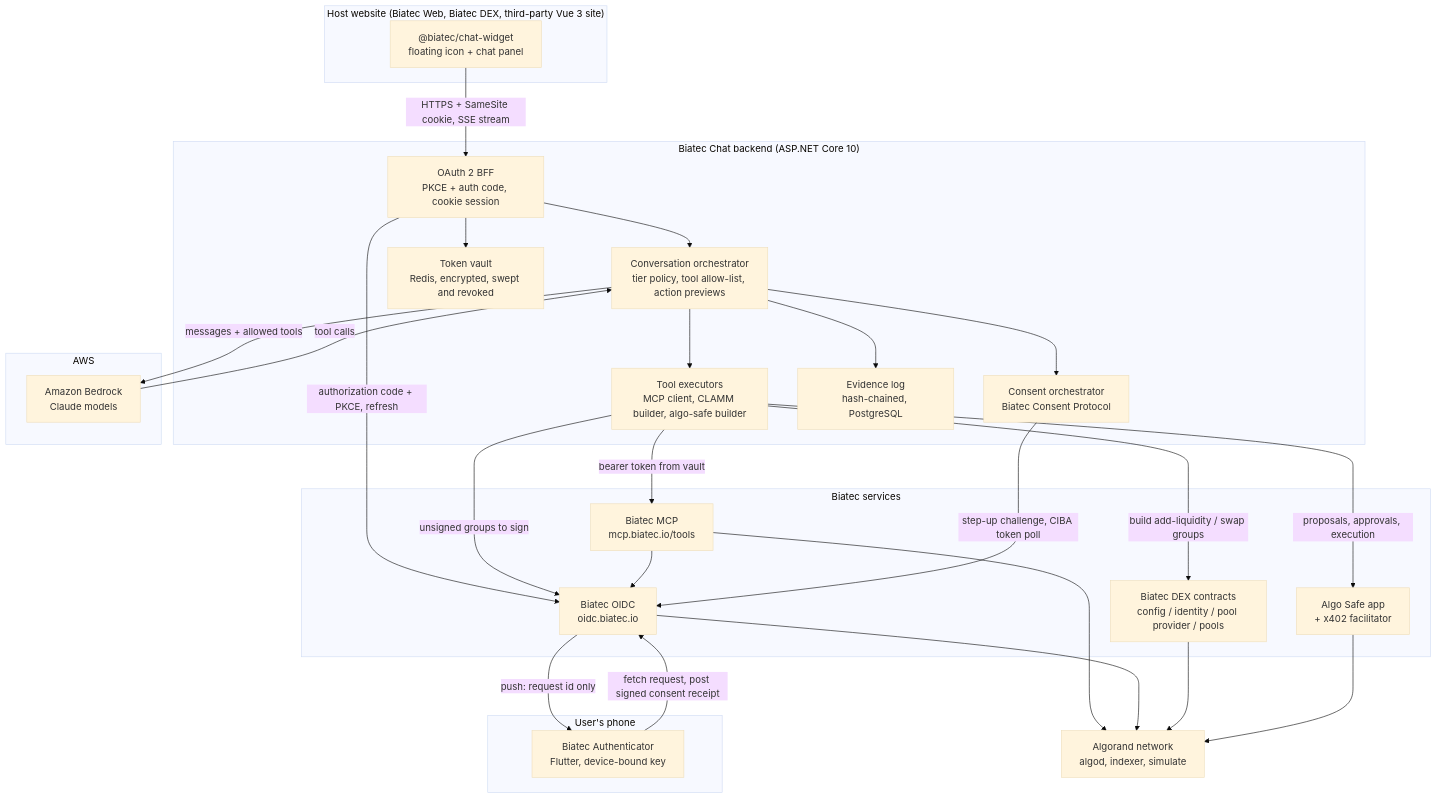
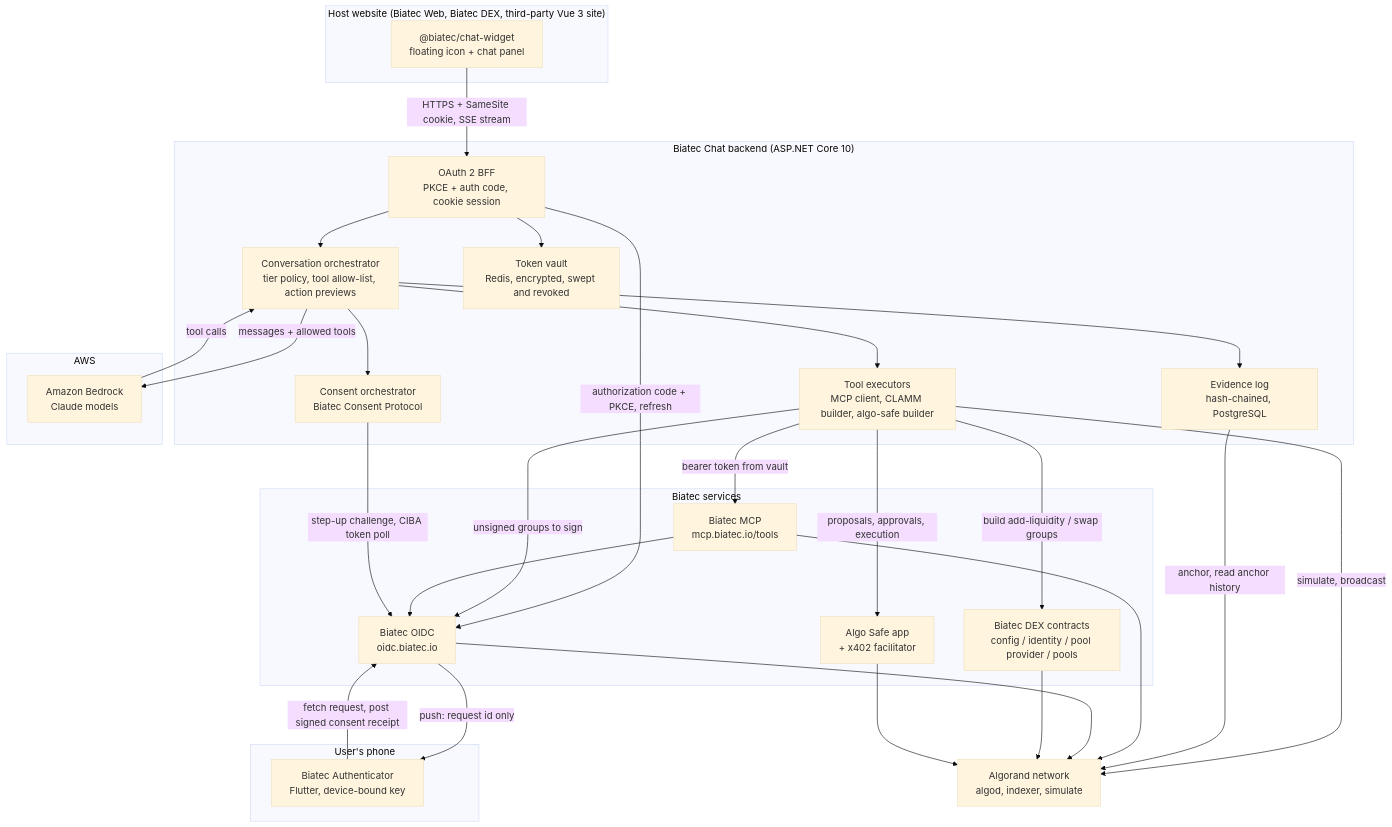
Before and after one commit to scholtz/biatec-chat: the first of 3 diagrams in PRODUCT-DESCRIPTION.md, drawn with Mermaid (base theme). The commit also changed other lines of this file, not shown here.

````diff
--- a/PRODUCT-DESCRIPTION.md
+++ b/PRODUCT-DESCRIPTION.md
@@ -139,54 +139,56 @@
 ```mermaid
 flowchart TB
     subgraph Host["Host website (Biatec Web, Biatec DEX, third-party Vue 3 site)"]
         W["@biatec/chat-widget<br/>floating icon + chat panel"]
     end
 
     subgraph Backend["Biatec Chat backend (ASP.NET Core 10)"]
         BFF["OAuth 2 BFF<br/>PKCE + auth code, cookie session"]
         ORCH["Conversation orchestrator<br/>tier policy, tool allow-list, action previews"]
         TOOLS["Tool executors<br/>MCP client, CLAMM builder, algo-safe builder"]
         CONSENT["Consent orchestrator<br/>Biatec Consent Protocol"]
         EVID["Evidence log<br/>hash-chained, PostgreSQL"]
         STORE["Token vault<br/>Redis, encrypted, swept and revoked"]
     end
 
     subgraph AWS["AWS"]
         BR["Amazon Bedrock<br/>Claude models"]
     end
 
     subgraph Biatec["Biatec services"]
         OIDC["Biatec OIDC<br/>oidc.biatec.io"]
         MCP["Biatec MCP<br/>mcp.biatec.io/tools"]
         DEX["Biatec DEX contracts<br/>config / identity / pool provider / pools"]
         SAFE["Algo Safe app<br/>+ x402 facilitator"]
     end
 
     subgraph Mobile["User's phone"]
         AUTH["Biatec Authenticator<br/>Flutter, device-bound key"]
     end
 
     CHAIN["Algorand network<br/>algod, indexer, simulate"]
 
     W -- "HTTPS + SameSite cookie, SSE stream" --> BFF
     BFF --> ORCH
     ORCH -- "messages + allowed tools" --> BR
     BR -- "tool calls" --> ORCH
     ORCH --> TOOLS
     ORCH --> EVID
     ORCH --> CONSENT
     BFF -- "authorization code + PKCE, refresh" --> OIDC
     BFF --> STORE
     TOOLS -- "bearer token from vault" --> MCP
     TOOLS -- "unsigned groups to sign" --> OIDC
     TOOLS -- "build add-liquidity / swap groups" --> DEX
+    TOOLS -- "simulate, broadcast" --> CHAIN
+    EVID -- "anchor, read anchor history" --> CHAIN
     TOOLS -- "proposals, approvals, execution" --> SAFE
     MCP --> OIDC
     MCP --> CHAIN
     OIDC --> CHAIN
     CONSENT -- "step-up challenge, CIBA token poll" --> OIDC
     OIDC -- "push: request id only" --> AUTH
     AUTH -- "fetch request, post signed consent receipt" --> OIDC
     DEX --> CHAIN
     SAFE --> CHAIN
 ```
````
